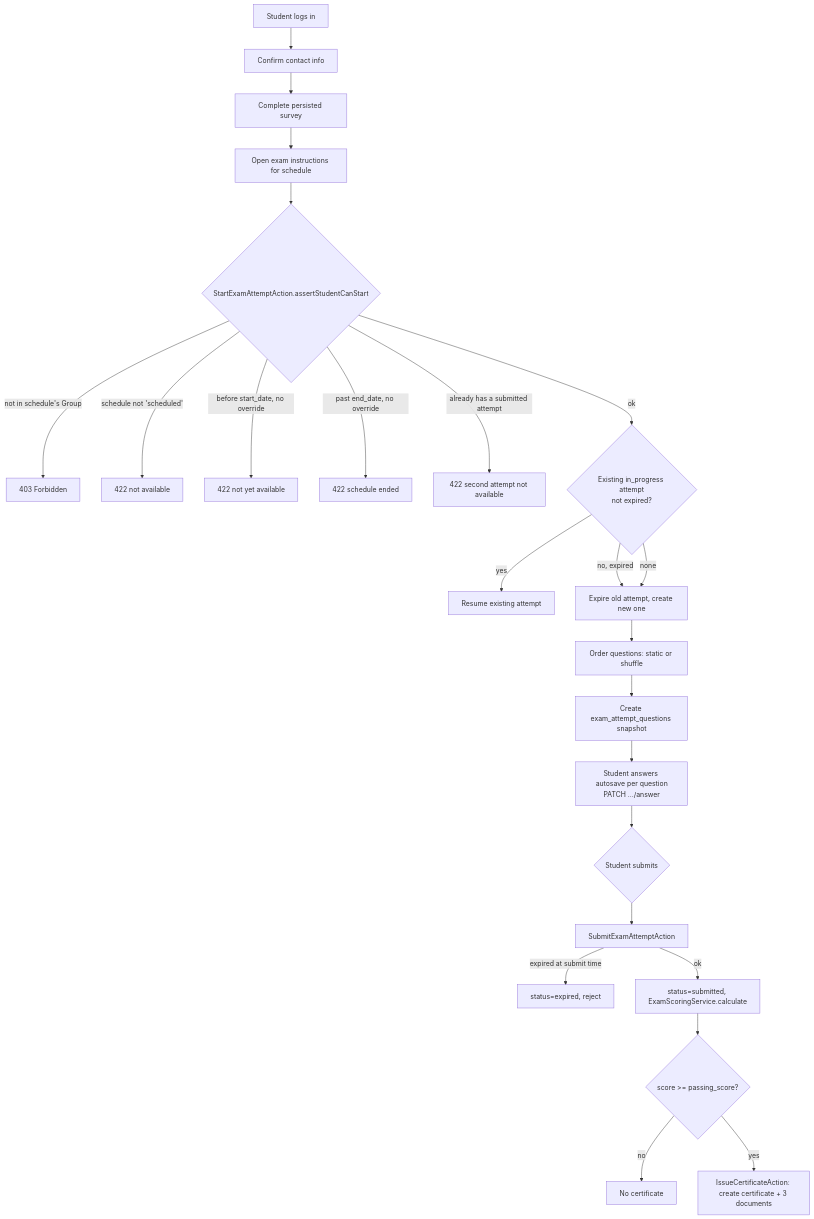
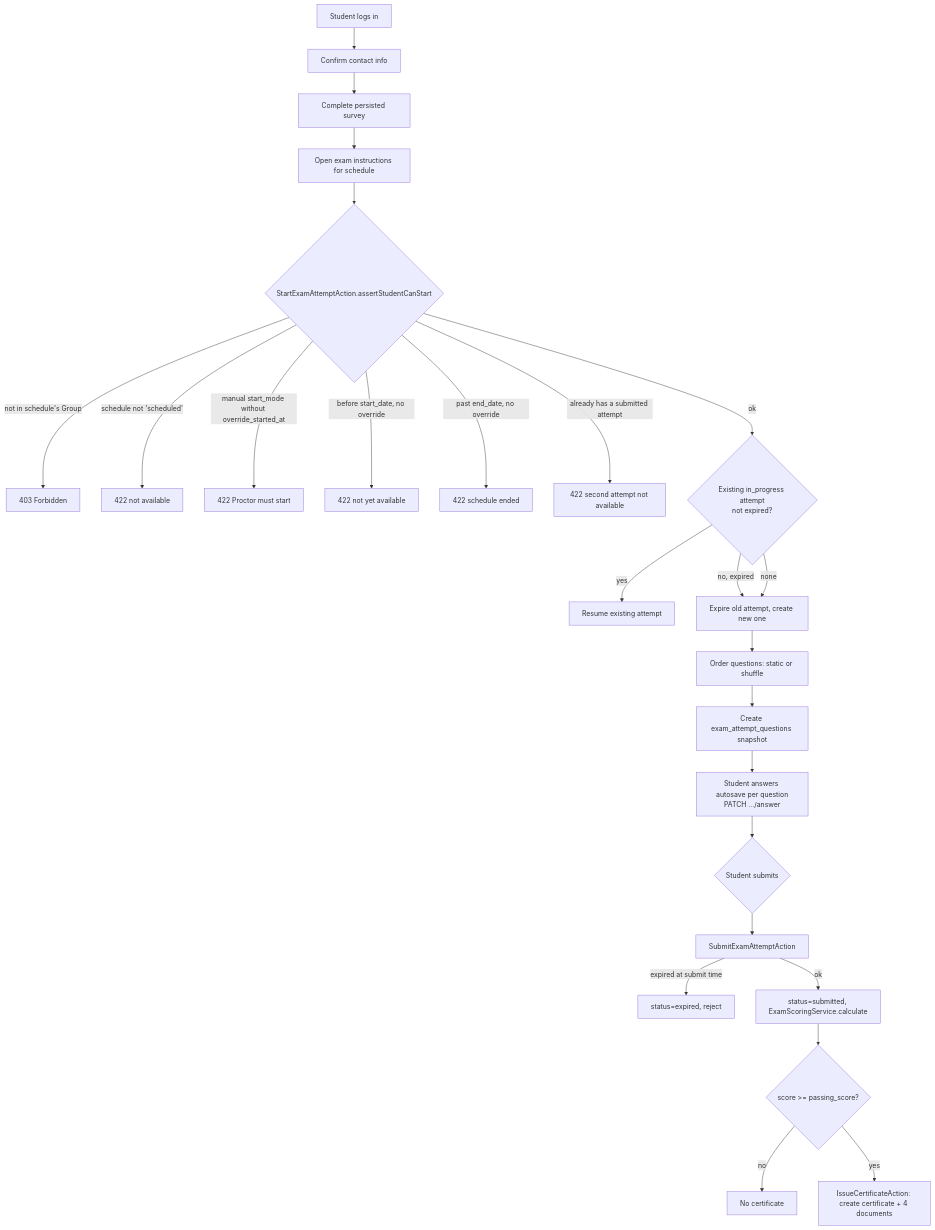
The second of 3 diagrams in BUSINESS_FLOWS.md (agaber-storeus/Wellsharp), drawn with Mermaid before and after one commit. The commit also changed other lines of this file and 19 other files, not shown here.

````diff
--- a/BUSINESS_FLOWS.md
+++ b/BUSINESS_FLOWS.md
@@ -22,26 +22,27 @@
 ```mermaid
 flowchart TD
     A[Student logs in] --> B[Confirm contact info]
     B --> C[Complete persisted survey]
     C --> D[Open exam instructions for schedule]
     D --> E{StartExamAttemptAction.assertStudentCanStart}
     E -- "not in schedule's Group" --> X1[403 Forbidden]
     E -- "schedule not 'scheduled'" --> X2[422 not available]
+    E -- "manual start_mode without override_started_at" --> X0[422 Proctor must start]
     E -- "before start_date, no override" --> X3[422 not yet available]
     E -- "past end_date, no override" --> X4[422 schedule ended]
     E -- "already has a submitted attempt" --> X5[422 second attempt not available]
     E -- ok --> F{Existing in_progress attempt<br/>not expired?}
     F -- yes --> G[Resume existing attempt]
     F -- no, expired --> H[Expire old attempt, create new one]
     F -- none --> H
     H --> I[Order questions: static or shuffle]
     I --> J[Create exam_attempt_questions snapshot]
     J --> K[Student answers autosave per question<br/>PATCH .../answer]
     K --> L{Student submits}
     L --> M[SubmitExamAttemptAction]
     M -- "expired at submit time" --> N[status=expired, reject]
     M -- ok --> O[status=submitted, ExamScoringService.calculate]
     O --> P{score >= passing_score?}
     P -- no --> Q[No certificate]
-    P -- yes --> R[IssueCertificateAction: create certificate + 3 documents]
+    P -- yes --> R[IssueCertificateAction: create certificate + 4 documents]
 ```
````
